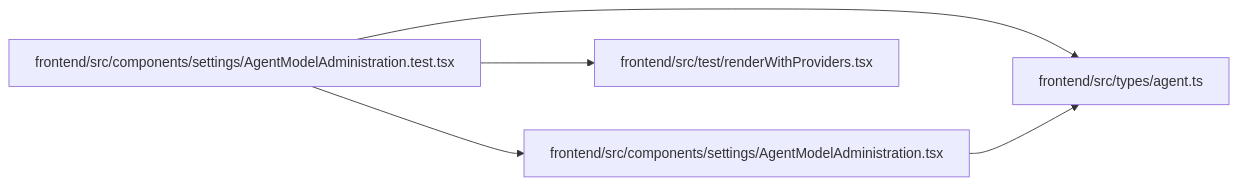
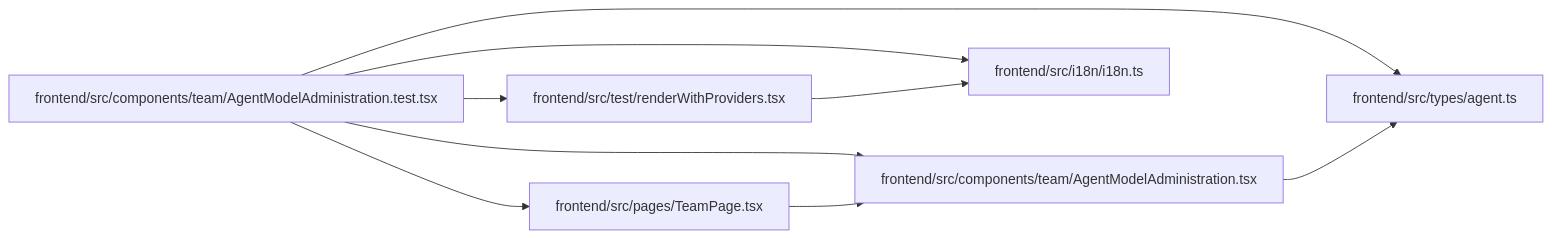
One commit to Denissvgn/WorkChord changed the diagram in docs/llm_wiki/modules/AgentModelAdministration.test.md. Above: the diagram before and after it, drawn with Mermaid. The commit also changed other lines of this file and 2373 other files, not shown here.

````diff
--- a/docs/llm_wiki/modules/AgentModelAdministration.test.md
+++ b/docs/llm_wiki/modules/AgentModelAdministration.test.md
@@ -31,15 +33,23 @@
 ```mermaid
 flowchart LR
-    n0["frontend/src/components/settings/AgentModelAdministration.test.tsx"]
-    n1["frontend/src/components/settings/AgentModelAdministration.tsx"]
-    n2["frontend/src/test/renderWithProviders.tsx"]
-    n3["frontend/src/types/agent.ts"]
+    n0["frontend/src/components/team/AgentModelAdministration.test.tsx"]
+    n1["frontend/src/components/team/AgentModelAdministration.tsx"]
+    n2["frontend/src/i18n/i18n.ts"]
+    n3["frontend/src/pages/TeamPage.tsx"]
+    n4["frontend/src/test/renderWithProviders.tsx"]
+    n5["frontend/src/types/agent.ts"]
     n0 --> n1
     n0 --> n2
     n0 --> n3
-    n1 --> n3
+    n0 --> n4
+    n0 --> n5
+    n1 --> n5
+    n3 --> n1
+    n4 --> n2
     click n0 "../modules/AgentModelAdministration.test.md"
     click n1 "../modules/AgentModelAdministration.md"
-    click n2 "../modules/renderWithProviders.md"
-    click n3 "../modules/types_agent.md"
+    click n2 "../modules/i18n.md"
+    click n3 "../modules/TeamPage.md"
+    click n4 "../modules/renderWithProviders.md"
+    click n5 "../modules/types_agent.md"
 ```
````
